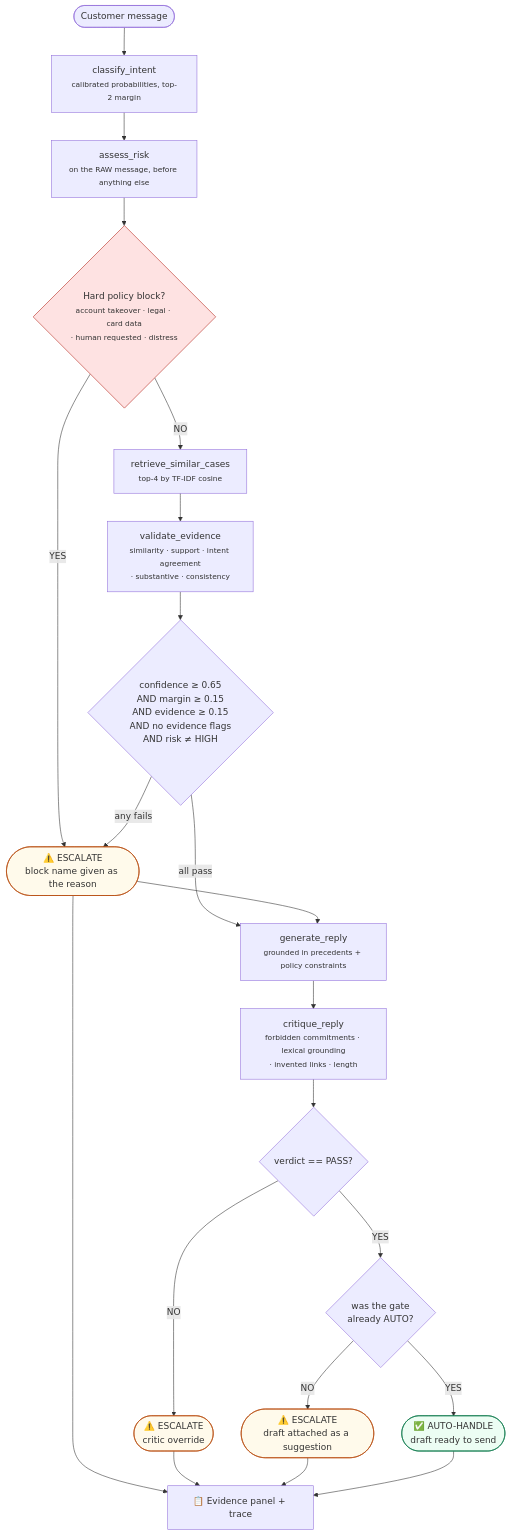
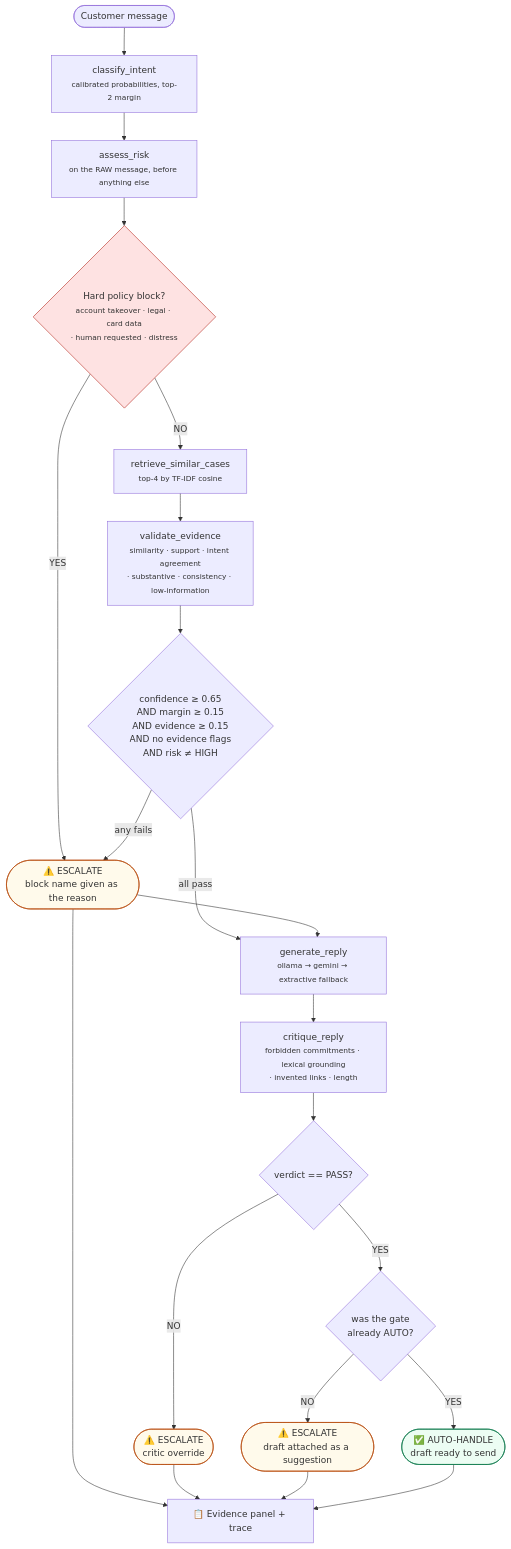
One commit to Kurapati-Sai-Suhas/koh-AI-support-agent- changed the second of 3 diagrams in README.md. Above: the diagram before and after it, drawn with Mermaid. The commit also changed other lines of this file and 18 other files, not shown here.

````diff
--- a/README.md
+++ b/README.md
@@ -110,30 +112,30 @@
 ```mermaid
 flowchart TD
     A(["Customer message"]) --> B["classify_intent<br/><small>calibrated probabilities, top-2 margin</small>"]
     B --> C["assess_risk<br/><small>on the RAW message, before anything else</small>"]
     C --> D{"Hard policy block?<br/><small>account takeover · legal · card data<br/>· human requested · distress</small>"}
     D -->|"YES"| ESC(["⚠️ ESCALATE<br/>block name given as the reason"])
     D -->|"NO"| E["retrieve_similar_cases<br/><small>top-4 by TF-IDF cosine</small>"]
-    E --> F["validate_evidence<br/><small>similarity · support · intent agreement<br/>· substantive · consistency</small>"]
+    E --> F["validate_evidence<br/><small>similarity · support · intent agreement<br/>· substantive · consistency · low-information</small>"]
     F --> G{"confidence ≥ 0.65<br/>AND margin ≥ 0.15<br/>AND evidence ≥ 0.15<br/>AND no evidence flags<br/>AND risk ≠ HIGH"}
     G -->|"any fails"| ESC
-    G -->|"all pass"| H["generate_reply<br/><small>grounded in precedents + policy constraints</small>"]
+    G -->|"all pass"| H["generate_reply<br/><small>ollama → gemini → extractive fallback</small>"]
     ESC --> H
     H --> I["critique_reply<br/><small>forbidden commitments · lexical grounding<br/>· invented links · length</small>"]
     I --> J{"verdict == PASS?"}
     J -->|"NO"| ESC2(["⚠️ ESCALATE<br/>critic override"])
     J -->|"YES"| K{"was the gate<br/>already AUTO?"}
     K -->|"NO"| ESC3(["⚠️ ESCALATE<br/>draft attached as a suggestion"])
     K -->|"YES"| AUTO(["✅ AUTO-HANDLE<br/>draft ready to send"])
 
     ESC --> P["📋 Evidence panel + trace"]
     ESC2 --> P
     ESC3 --> P
     AUTO --> P
 
     style ESC fill:#fffaeb,stroke:#b54708
     style ESC2 fill:#fffaeb,stroke:#b54708
     style ESC3 fill:#fffaeb,stroke:#b54708
     style AUTO fill:#ecfdf3,stroke:#067647
     style D fill:#fee2e2,stroke:#b42318
 ```
````
